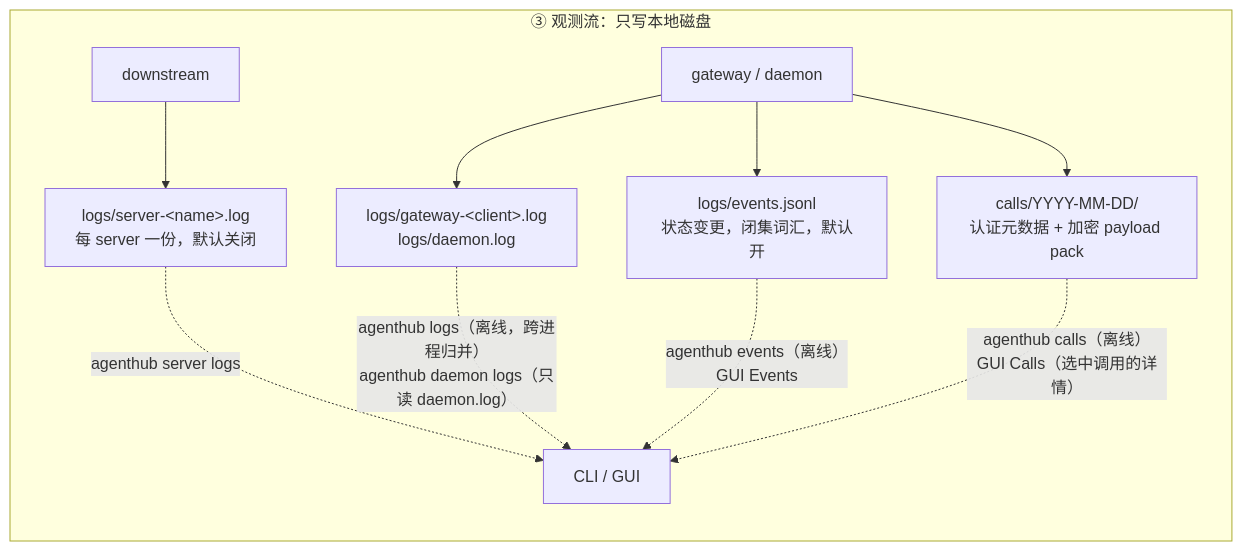
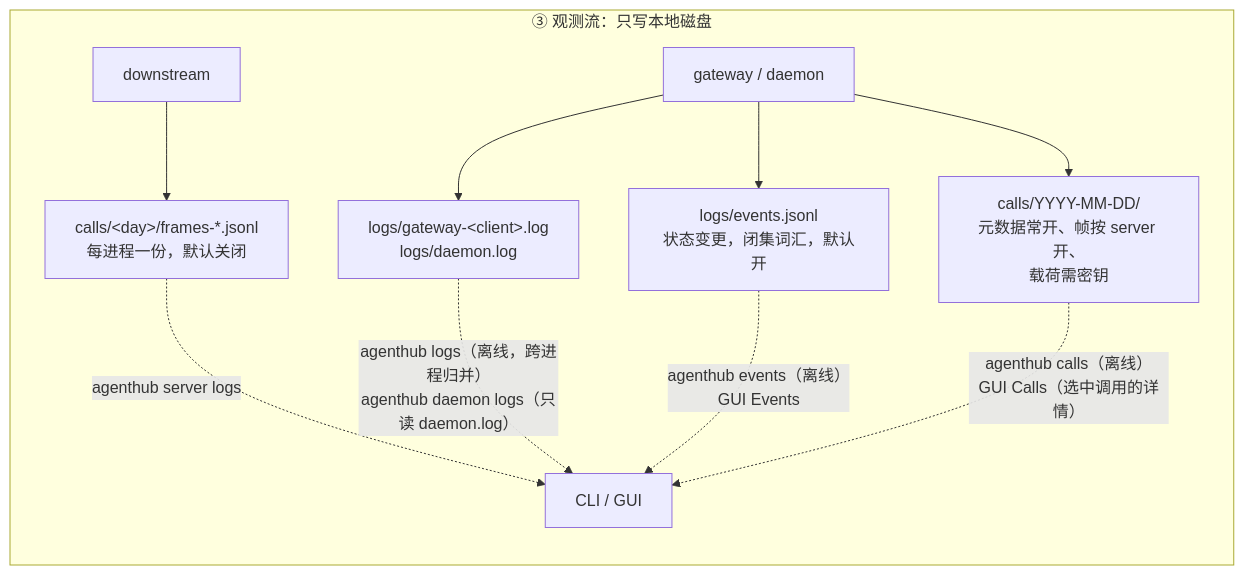
The sixth of 8 diagrams in docs/zh-CN/architecture.md (dinstein/agent-hub), drawn with Mermaid before and after one commit. The commit also changed other lines of this file and 7 other files, not shown here.

````diff
--- a/docs/zh-CN/architecture.md
+++ b/docs/zh-CN/architecture.md
@@ -256,13 +256,13 @@
 ```mermaid
 flowchart LR
     subgraph obs["③ 观测流：只写本地磁盘"]
-        DSX["downstream"] --> A4["logs/server-&lt;name&gt;.log<br/>每 server 一份，默认关闭"]
+        DSX["downstream"] --> A4["calls/&lt;day&gt;/frames-*.jsonl<br/>每进程一份，默认关闭"]
         GW["gateway / daemon"] --> A5["logs/gateway-&lt;client&gt;.log<br/>logs/daemon.log"]
         GW --> A7["logs/events.jsonl<br/>状态变更，闭集词汇，默认开"]
-        GW --> A6["calls/YYYY-MM-DD/<br/>认证元数据 + 加密 payload pack"]
+        GW --> A6["calls/YYYY-MM-DD/<br/>元数据常开、帧按 server 开、<br/>载荷需密钥"]
         A4 -.->|"agenthub server logs"| F["CLI / GUI"]
         A5 -.->|"agenthub logs（离线，跨进程归并）<br/>agenthub daemon logs（只读 daemon.log）"| F
         A7 -.->|"agenthub events（离线）<br/>GUI Events"| F
         A6 -.->|"agenthub calls（离线）<br/>GUI Calls（选中调用的详情）"| F
     end
 ```
````
